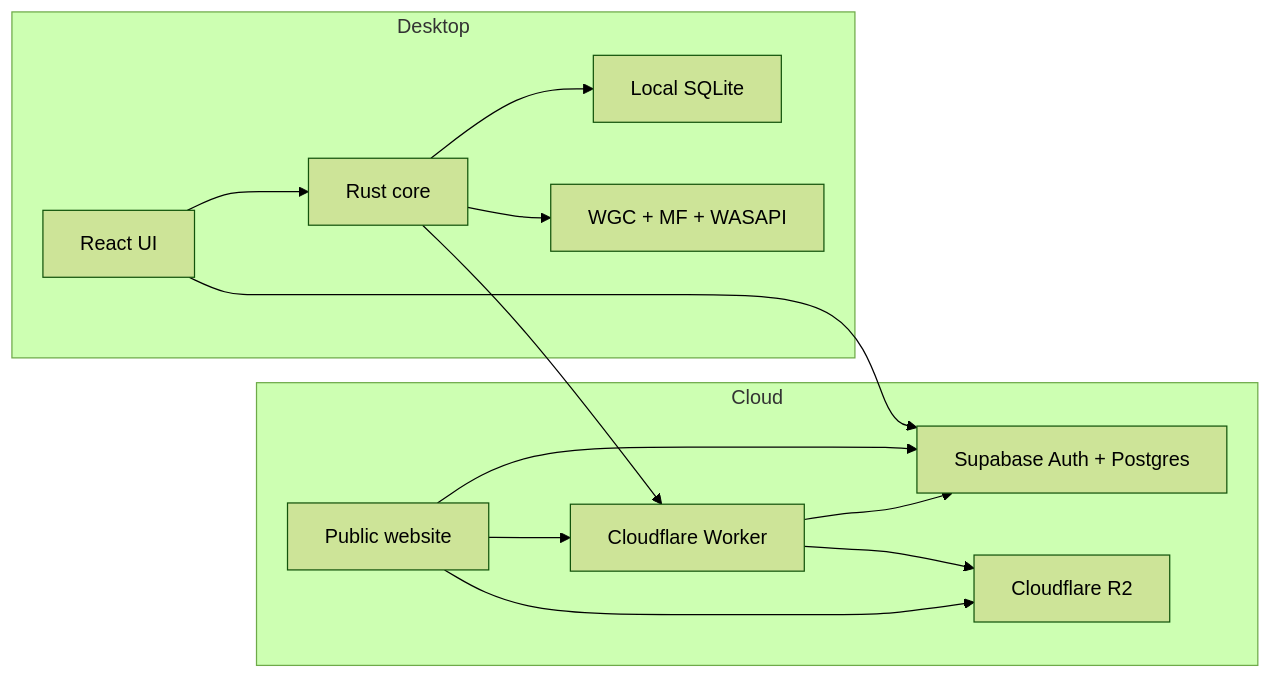
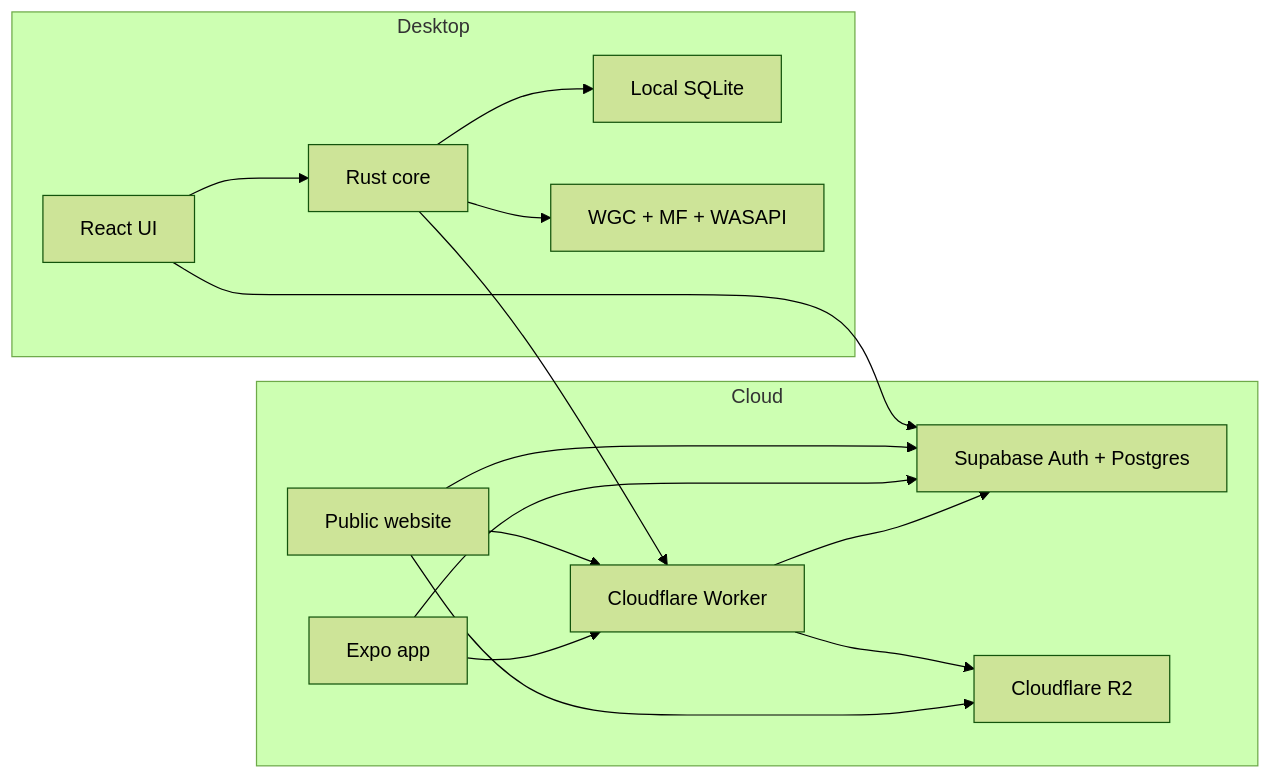
Before and after one commit to elite6108/replayr: the first of 2 diagrams in README.md, drawn with Mermaid (forest theme). The commit also changed other lines of this file and 155 other files, not shown here.

````diff
--- a/README.md
+++ b/README.md
@@ -31,25 +25,28 @@
 ```mermaid
 flowchart LR
   subgraph desktop [Desktop]
     UI[React UI]
     Core[Rust core]
     SQLite[Local SQLite]
     Capture[WGC + MF + WASAPI]
   end
   subgraph cloud [Cloud]
     Auth[Supabase Auth + Postgres]
     API[Cloudflare Worker]
     R2[Cloudflare R2]
     Web[Public website]
+    Mobile[Expo app]
   end
   UI --> Core
   Core --> SQLite
   Core --> Capture
   UI --> Auth
   Core --> API
   Web --> Auth
   Web --> API
+  Mobile --> Auth
+  Mobile --> API
   API --> Auth
   API --> R2
   Web --> R2
 ```
````
